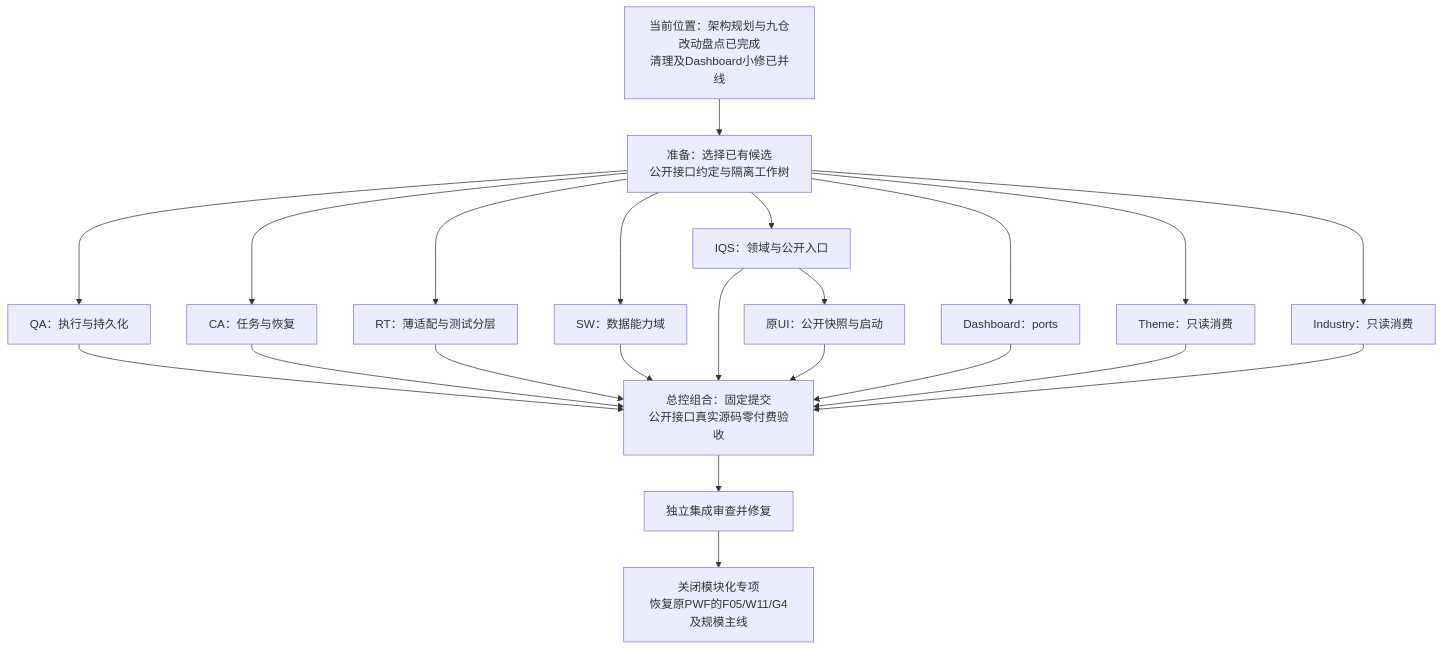
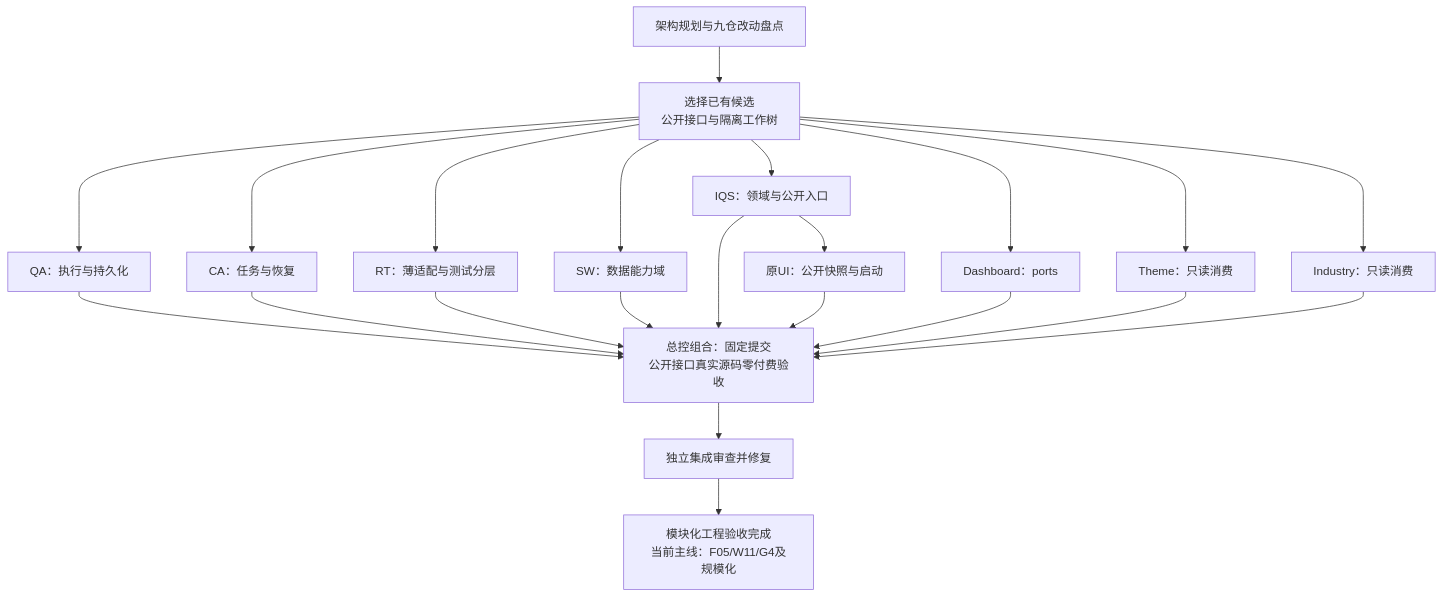
Before and after one commit to zhengcb81/invest-quick-scan: the diagram in docs/implementation/parallel-lanes/packages/2026-11-11-modularity-closeout/README.md, drawn with Mermaid. The commit also changed other lines of this file and 10 other files, not shown here.

````diff
--- a/docs/implementation/parallel-lanes/packages/2026-11-11-modularity-closeout/README.md
+++ b/docs/implementation/parallel-lanes/packages/2026-11-11-modularity-closeout/README.md
@@ -68,24 +68,24 @@
 ```mermaid
 flowchart TD
- A[当前位置：架构规划与九仓改动盘点已完成<br/>清理及Dashboard小修已并线] --> B[准备：选择已有候选<br/>公开接口约定与隔离工作树]
+ A[架构规划与九仓改动盘点] --> B[选择已有候选<br/>公开接口与隔离工作树]
  B --> QA[QA：执行与持久化]
  B --> CA[CA：任务与恢复]
  B --> RT[RT：薄适配与测试分层]
  B --> SW[SW：数据能力域]
  B --> IQS[IQS：领域与公开入口]
  B --> D[Dashboard：ports]
  B --> TH[Theme：只读消费]
  B --> IN[Industry：只读消费]
  IQS --> UI[原UI：公开快照与启动]
  QA --> X[总控组合：固定提交<br/>公开接口真实源码零付费验收]
  CA --> X
  RT --> X
  SW --> X
  IQS --> X
  UI --> X
  D --> X
  TH --> X
  IN --> X
  X --> R[独立集成审查并修复]
- R --> END[关闭模块化专项<br/>恢复原PWF的F05/W11/G4及规模主线]
+ R --> END[模块化工程验收完成<br/>当前主线：F05/W11/G4及规模化]
 ```
````
